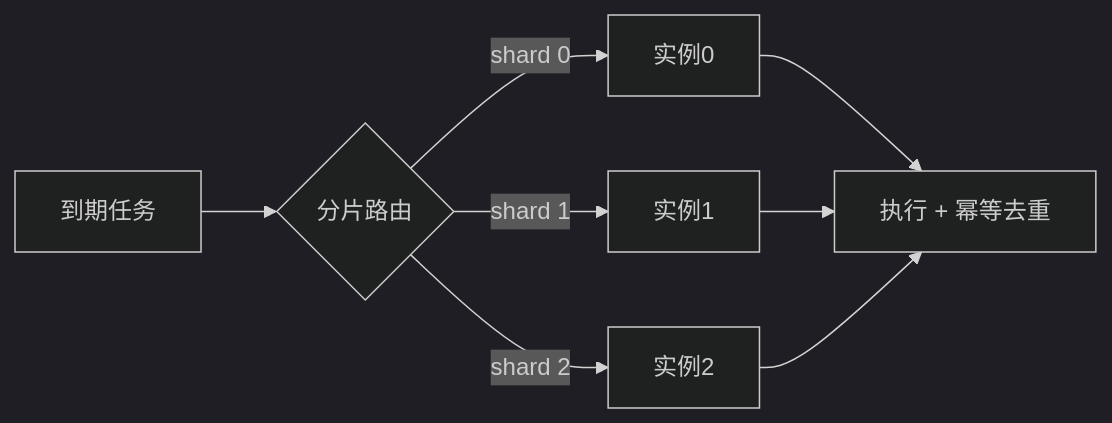
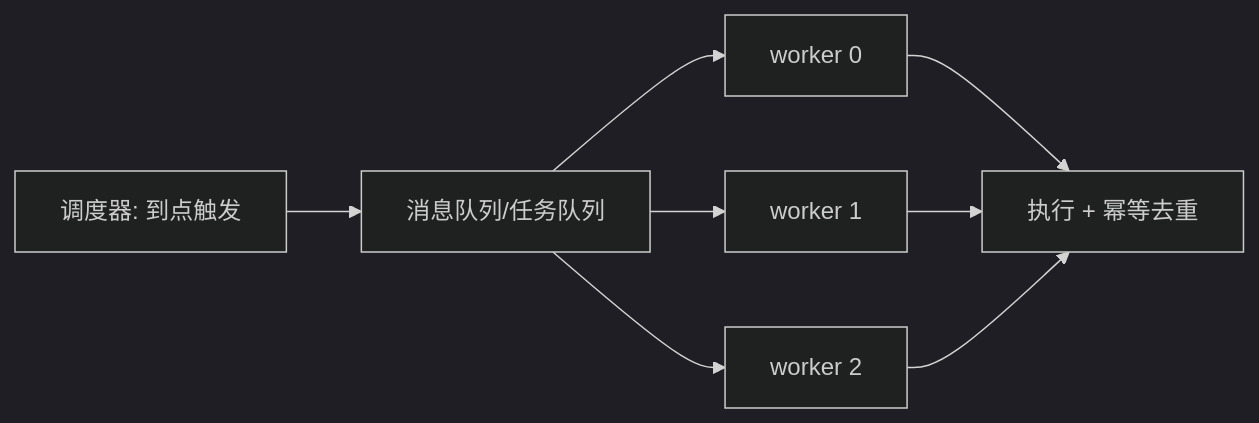
One commit to zhangqian-silk/computer-science changed the first of 2 diagrams in system_design/components/task_scheduler/task_scheduler.md. Above: the diagram before and after it, drawn with Mermaid (dark theme). The commit also changed other lines of this file and 34 other files, not shown here.

````diff
--- a/system_design/components/task_scheduler/task_scheduler.md
+++ b/system_design/components/task_scheduler/task_scheduler.md
@@ -62,10 +141,10 @@
 ```mermaid
 flowchart LR
-	T[到期任务] --> S{分片路由}
-	S -->|shard 0| W0[实例0]
-	S -->|shard 1| W1[实例1]
-	S -->|shard 2| W2[实例2]
+	SCH[调度器: 到点触发] --> Q[消息队列/任务队列]
+	Q --> W0[worker 0]
+	Q --> W1[worker 1]
+	Q --> W2[worker 2]
 	W0 --> R[执行 + 幂等去重]
 	W1 --> R
 	W2 --> R
 ```
````
